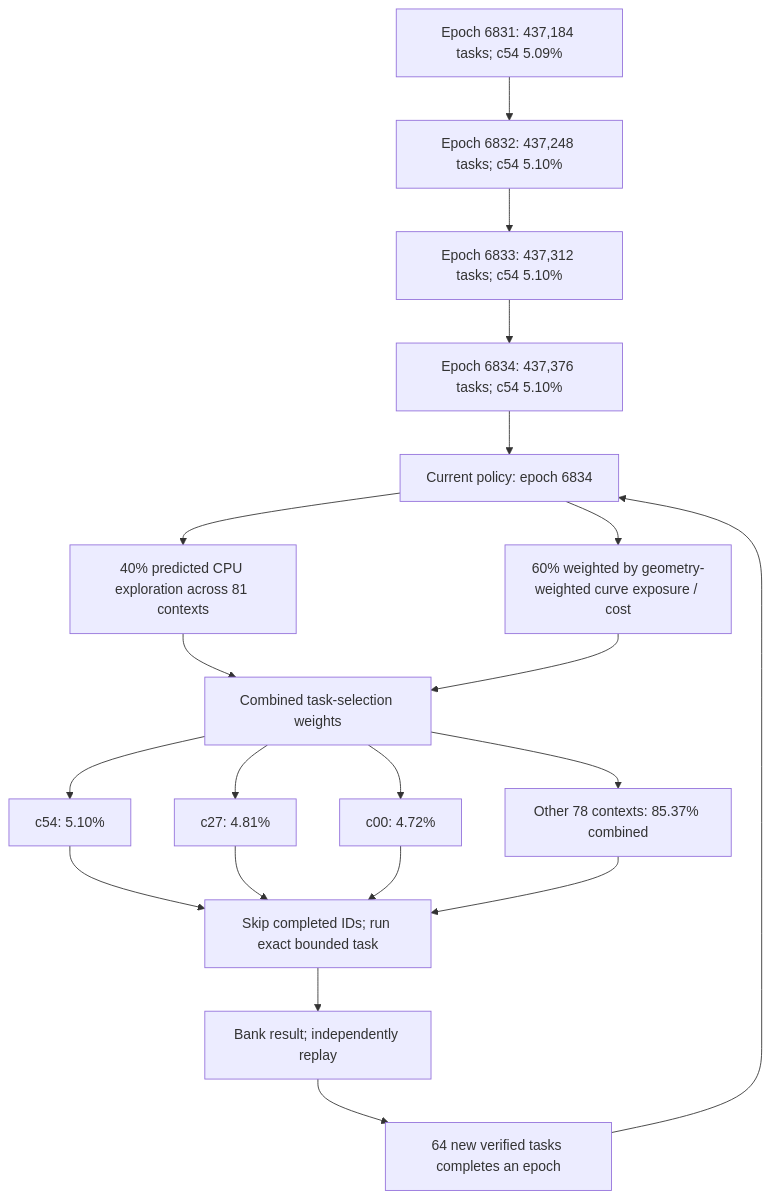
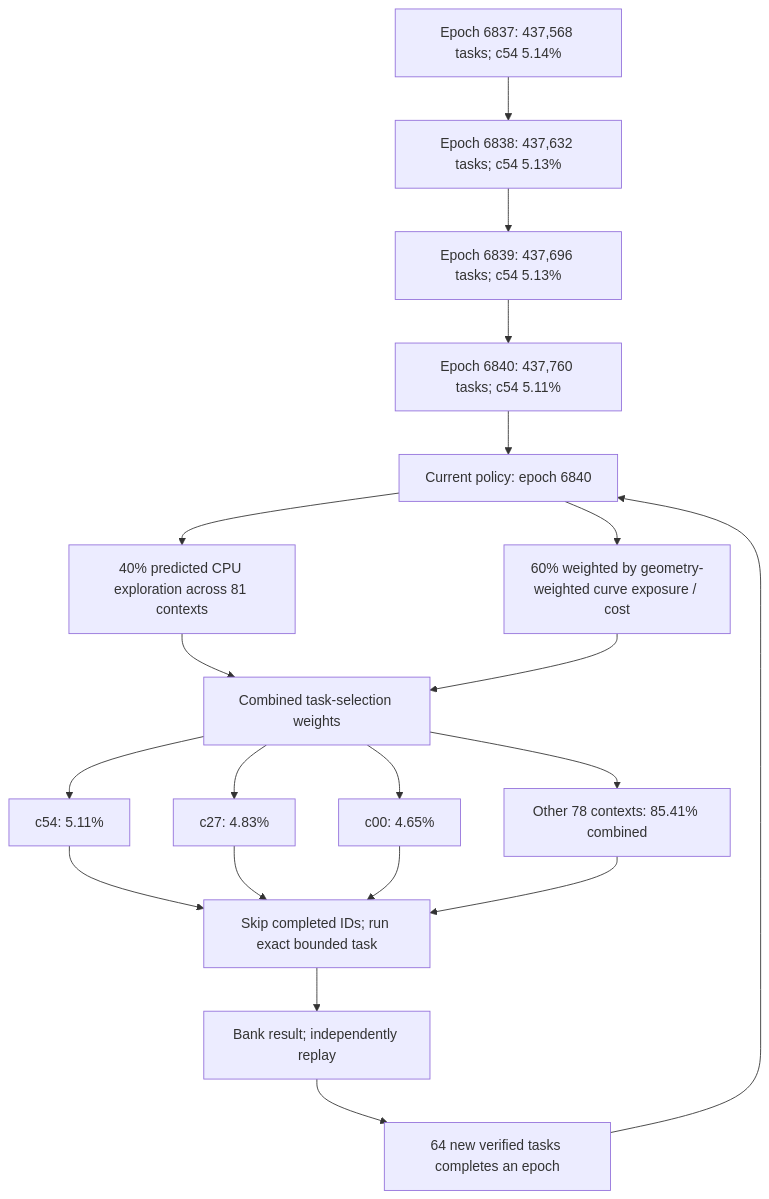
Before and after one commit to Kuberwastaken/math-gambling: the first of 4 diagrams in README.md, drawn with Mermaid. The commit also changed other lines of this file and 927 other files, not shown here.

````diff
--- a/README.md
+++ b/README.md
@@ -60,27 +60,27 @@
 ```mermaid
 flowchart TD
-    H0["Epoch 6831: 437,184 tasks; c54 5.09%"]
-    H1["Epoch 6832: 437,248 tasks; c54 5.10%"]
+    H0["Epoch 6837: 437,568 tasks; c54 5.14%"]
+    H1["Epoch 6838: 437,632 tasks; c54 5.13%"]
     H0 --> H1
-    H2["Epoch 6833: 437,312 tasks; c54 5.10%"]
+    H2["Epoch 6839: 437,696 tasks; c54 5.13%"]
     H1 --> H2
-    H3["Epoch 6834: 437,376 tasks; c54 5.10%"]
+    H3["Epoch 6840: 437,760 tasks; c54 5.11%"]
     H2 --> H3
-    Policy["Current policy: epoch 6834"]
+    Policy["Current policy: epoch 6840"]
     H3 --> Policy
     Policy --> Explore["40% predicted CPU exploration across 81 contexts"]
     Policy --> Cost["60% weighted by geometry-weighted curve exposure / cost"]
     Explore --> Mix["Combined task-selection weights"]
     Cost --> Mix
-    Mix --> C0["c54: 5.10%"]
-    Mix --> C1["c27: 4.81%"]
-    Mix --> C2["c00: 4.72%"]
-    Mix --> Rest["Other 78 contexts: 85.37% combined"]
+    Mix --> C0["c54: 5.11%"]
+    Mix --> C1["c27: 4.83%"]
+    Mix --> C2["c00: 4.65%"]
+    Mix --> Rest["Other 78 contexts: 85.41% combined"]
     C0 --> Check["Skip completed IDs; run exact bounded task"]
     C1 --> Check
     C2 --> Check
     Rest --> Check
     Check --> Replay["Bank result; independently replay"]
     Replay --> Gate["64 new verified tasks completes an epoch"]
     Gate --> Policy
 ```
````
